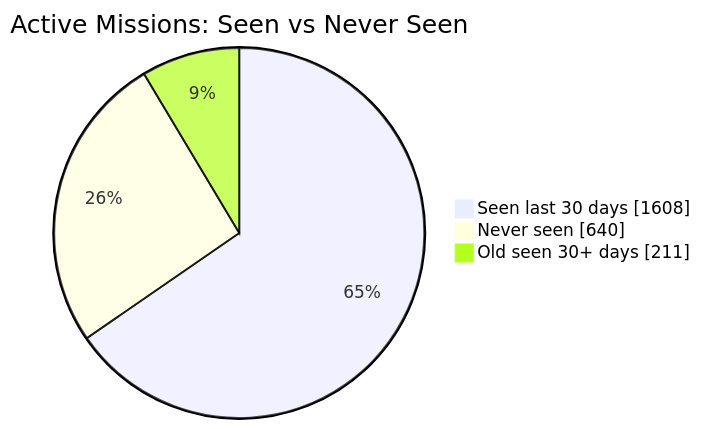
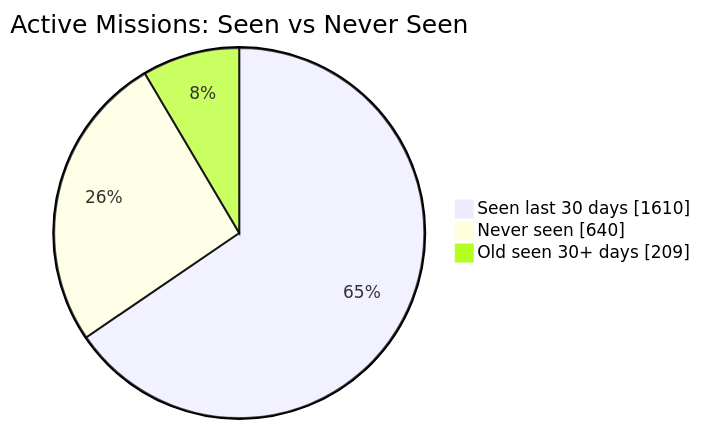
Before and after one commit to MeldkamerspelGameTeam/active-missions: the first of 2 diagrams in README.md, drawn with Mermaid. The commit also changed other lines of this file and 3 other files, not shown here.

````diff
--- a/README.md
+++ b/README.md
@@ -34,7 +34,7 @@
 ```mermaid
 pie showData
     title Active Missions: Seen vs Never Seen
-    "Seen last 30 days" : 1608
+    "Seen last 30 days" : 1610
     "Never seen" : 640
-    "Old seen 30+ days" : 211
+    "Old seen 30+ days" : 209
 ```
````
